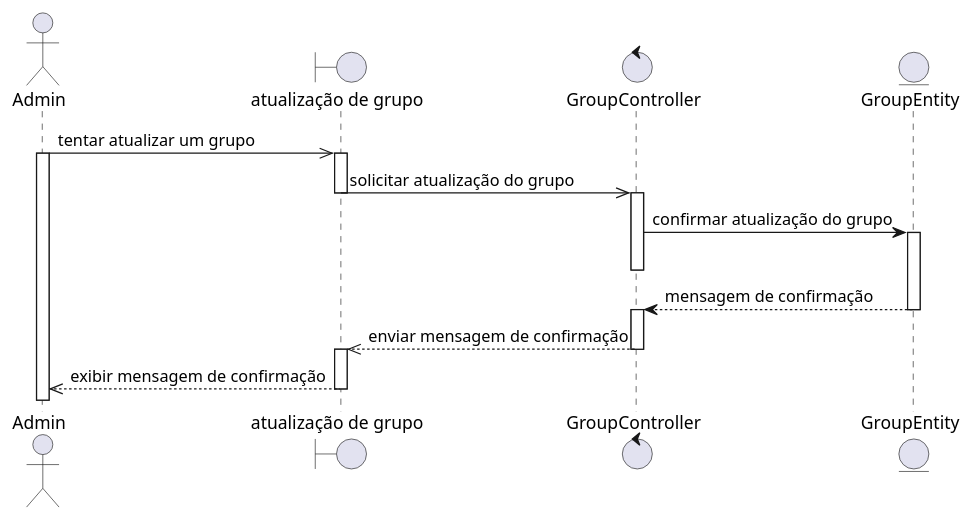
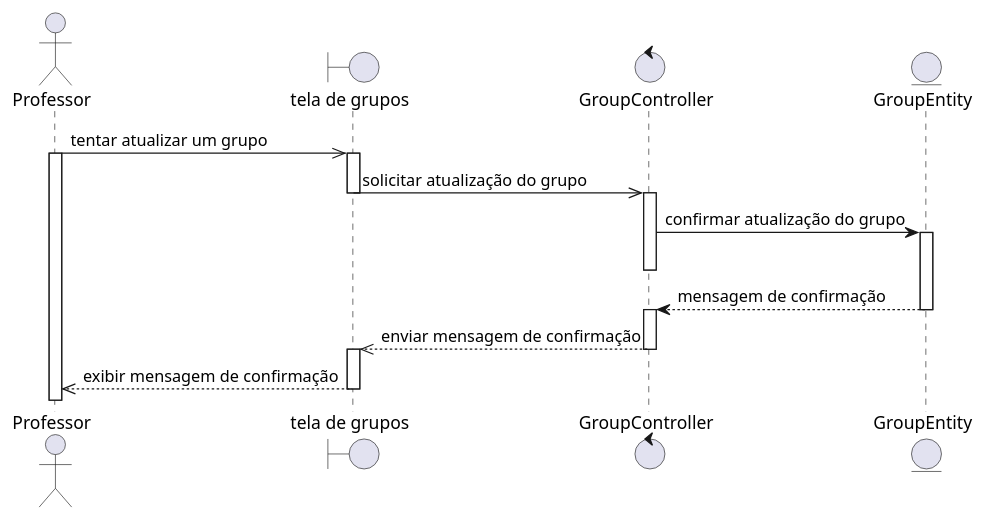
Before and after one commit to rodrigoRolim/AC-backend: the diagram in design/sequence_code/admin/group.update.seq.wsd, drawn with PlantUML. The commit also changed 61 other files, not shown here.

Commit message:
change requeriments and diagrams

```diff
--- a/design/sequence_code/admin/group.update.seq.wsd
+++ b/design/sequence_code/admin/group.update.seq.wsd
@@ -1,24 +1,24 @@
 @startuml
-actor Admin
-boundary "atualização de grupo" as grupo
+actor Professor
+boundary "tela de grupos" as grupo
 control GroupController
 entity GroupEntity
 
-Admin ->> grupo: tentar atualizar um grupo
-activate Admin
+Professor ->> grupo: tentar atualizar um grupo
+activate Professor
 activate grupo
 grupo ->> GroupController: solicitar atualização do grupo
 deactivate grupo
 activate GroupController
 GroupController -> GroupEntity: confirmar atualização do grupo
 activate GroupEntity
 deactivate GroupController
 GroupEntity --> GroupController: mensagem de confirmação
 deactivate GroupEntity
 activate GroupController
 GroupController -->> grupo: enviar mensagem de confirmação
 deactivate GroupController
 activate grupo
-grupo -->> Admin: exibir mensagem de confirmação
+grupo -->> Professor: exibir mensagem de confirmação
 deactivate grupo
 @enduml
```
